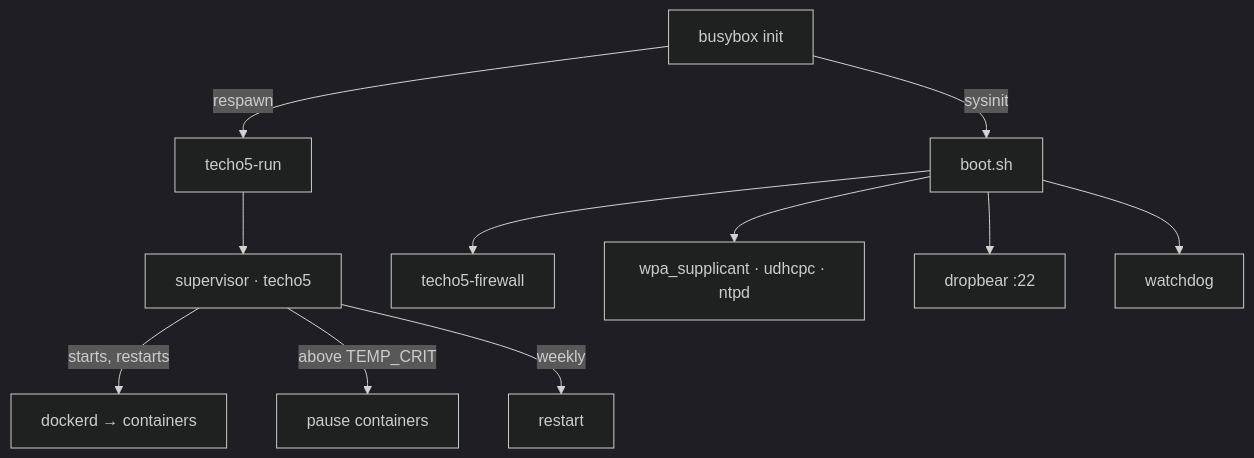
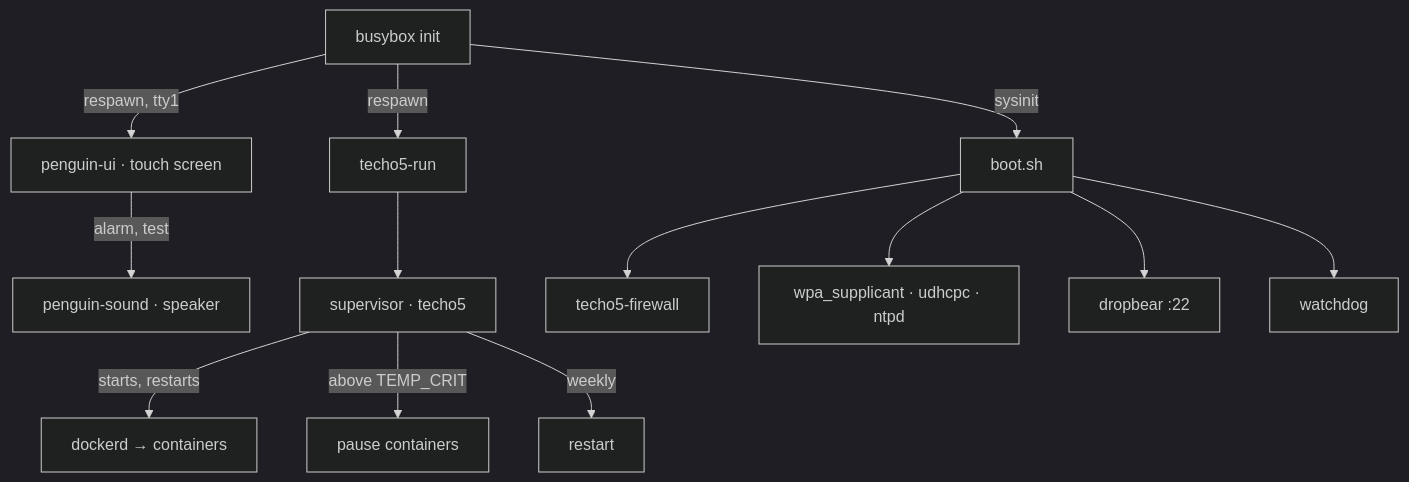
Before and after one commit to matheusinfo/echo-penguin: the fifth of 5 diagrams in README.md, drawn with Mermaid (dark theme). The commit also changed other lines of this file and 2 other files, not shown here.

First line of the commit message:
docs: step-by-step install from a locked Echo; the screen and sound

````diff
--- a/README.md
+++ b/README.md
@@ -308,13 +329,15 @@
 ```mermaid
 flowchart TB
     INITD[busybox init] -->|sysinit| BOOT[boot.sh]
     INITD -->|respawn| RUN[techo5-run]
+    INITD -->|respawn, tty1| UI[penguin-ui · touch screen]
+    UI -->|alarm, test| SND[penguin-sound · speaker]
     RUN --> SUP[supervisor · techo5]
     SUP -->|starts, restarts| DD[dockerd → containers]
     SUP -->|above TEMP_CRIT| PAUSE[pause containers]
     SUP -->|weekly| RB[restart]
     BOOT --> FW[techo5-firewall]
     BOOT --> NET[wpa_supplicant · udhcpc · ntpd]
     BOOT --> SSH[dropbear :22]
     BOOT --> WD[watchdog]
 ```
````
